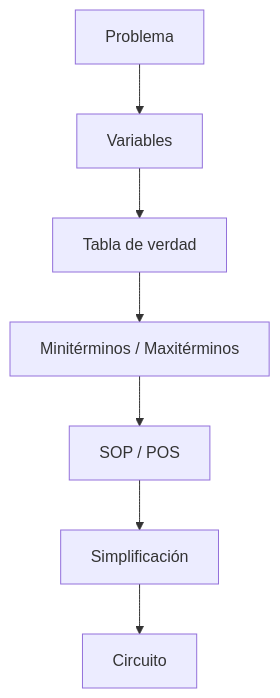
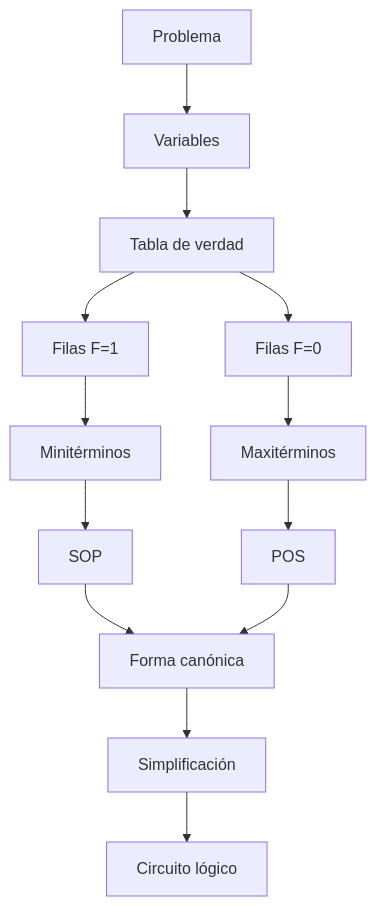
Before and after one commit to roblezsdier02-alt/cuaderno-sintesis-unidad1: the fourth of 5 diagrams in semana-2/README.md, drawn with Mermaid. The commit also changed other lines of this file, not shown here.

````diff
--- a/semana-2/README.md
+++ b/semana-2/README.md
@@ -667,10 +1505,25 @@
 ```mermaid
 flowchart TD
+
     A["Problema"]
+
     A --> B["Variables"]
+
     B --> C["Tabla de verdad"]
-    C --> D["Minitérminos / Maxitérminos"]
-    D --> E["SOP / POS"]
-    E --> F["Simplificación"]
-    F --> G["Circuito"]
+
+    C --> D["Filas F=1"]
+    C --> E["Filas F=0"]
+
+    D --> F["Minitérminos"]
+    E --> G["Maxitérminos"]
+
+    F --> H["SOP"]
+    G --> I["POS"]
+
+    H --> J["Forma canónica"]
+    I --> J
+
+    J --> K["Simplificación"]
+
+    K --> L["Circuito lógico"]
 ```
````
